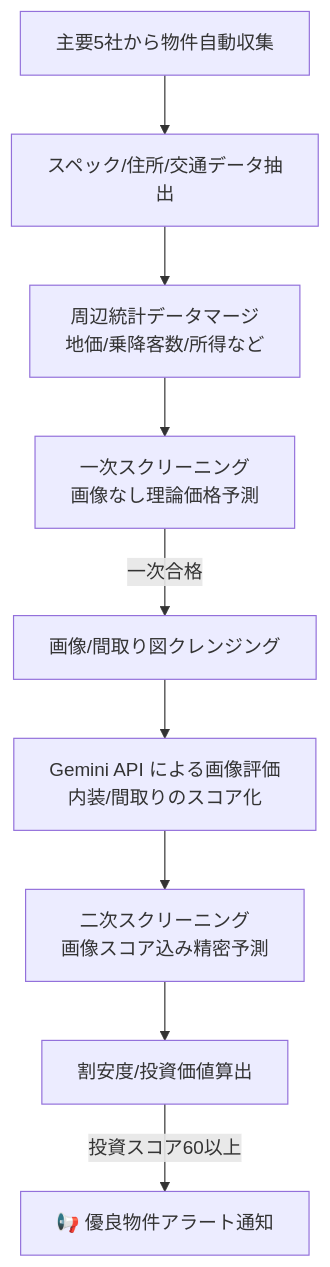
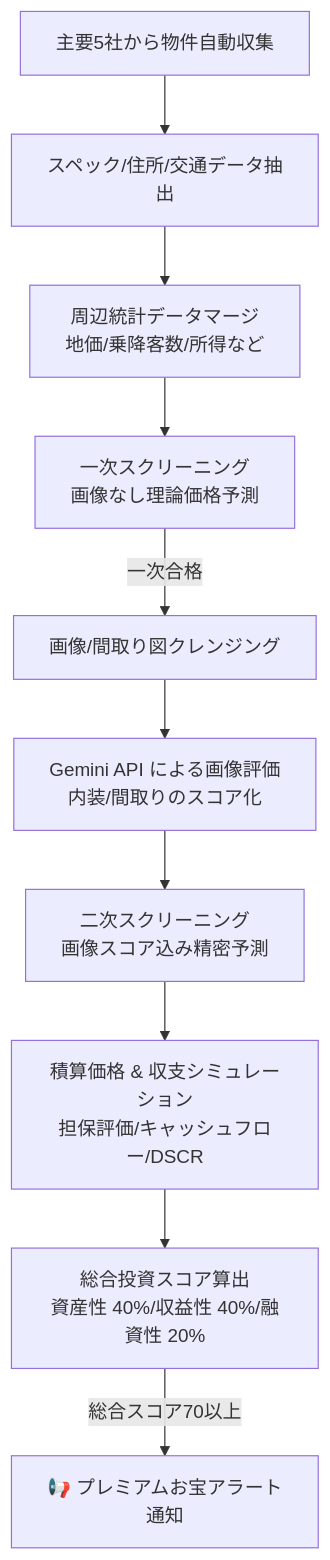
One commit to AnaharaYasuo/realestate_crawler changed the diagram in docs/requirements/project_status_and_design_intent.md. Above: the diagram before and after it, drawn with Mermaid. The commit also changed other lines of this file and 72 other files, not shown here.

````diff
--- a/docs/requirements/project_status_and_design_intent.md
+++ b/docs/requirements/project_status_and_design_intent.md
@@ -11,11 +11,12 @@
 ```mermaid
 graph TD
     A[主要5社から物件自動収集] --> B[スペック/住所/交通データ抽出]
     B --> C[周辺統計データマージ<br>地価/乗降客数/所得など]
     C --> D[一次スクリーニング<br>画像なし理論価格予測]
     D -->|一次合格| E[画像/間取り図クレンジング]
     E --> F[Gemini API による画像評価<br>内装/間取りのスコア化]
     F --> G[二次スクリーニング<br>画像スコア込み精密予測]
-    G --> H[割安度/投資価値算出]
-    H -->|投資スコア60以上| I[📢 優良物件アラート通知]
+    G --> H[積算価格 & 収支シミュレーション<br>担保評価/キャッシュフロー/DSCR]
+    H --> I[総合投資スコア算出<br>資産性 40%/収益性 40%/融資性 20%]
+    I -->|総合スコア70以上| J[📢 プレミアムお宝アラート通知]
 ```
````
